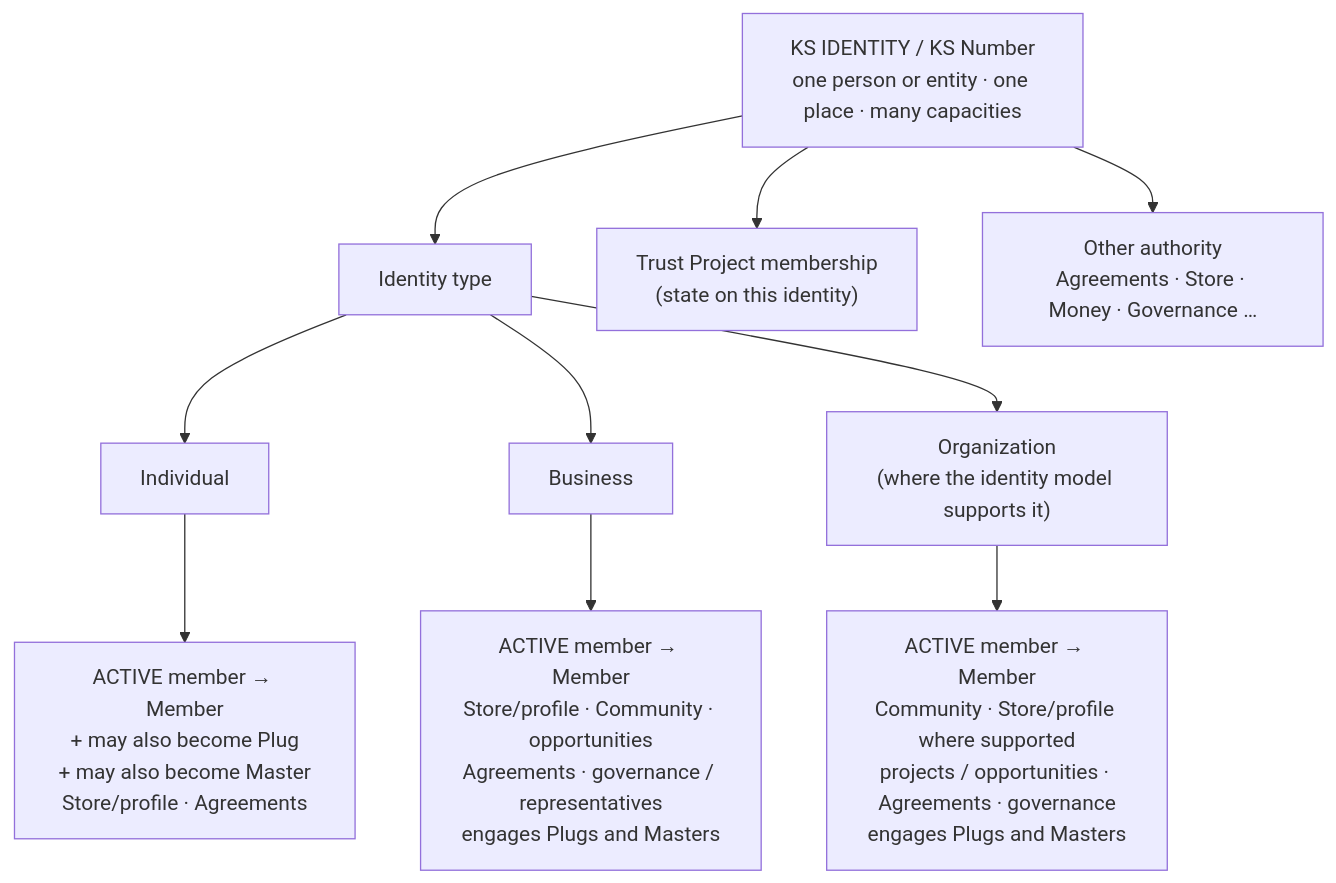
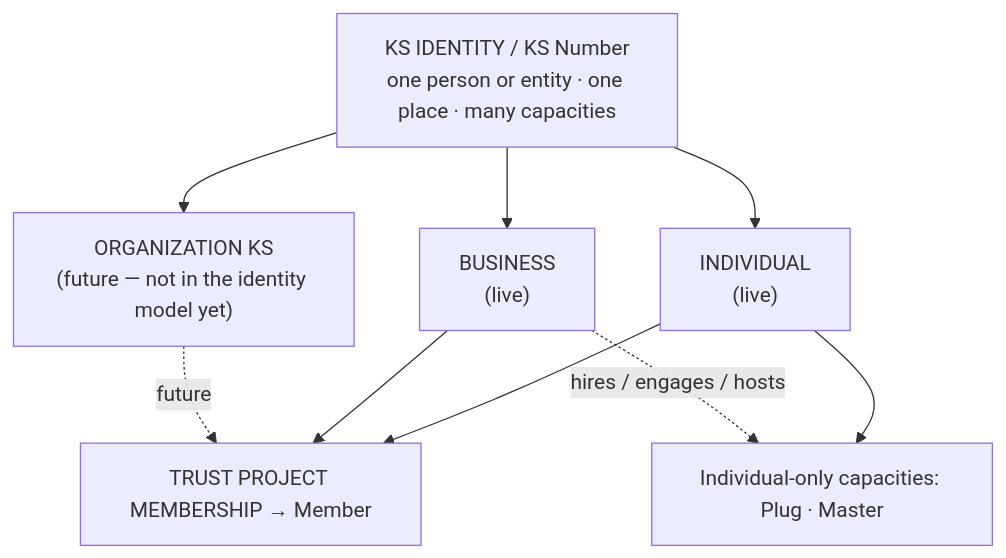
The fourth of 8 diagrams in docs/PUBLIC_EXPERIENCE_CONVERGENCE_PHASE1.md (kimaniks001/SecurepayLLM), drawn with Mermaid before and after one commit. The commit also changed other lines of this file, not shown here.

First line of the commit message:
docs(public-experience): Phase 1 final Business-authority / Organization identity correction

````diff
--- a/docs/PUBLIC_EXPERIENCE_CONVERGENCE_PHASE1.md
+++ b/docs/PUBLIC_EXPERIENCE_CONVERGENCE_PHASE1.md
@@ -639,13 +640,12 @@
 ```mermaid
 flowchart TB
     KS["KS IDENTITY / KS Number<br/>one person or entity · one place · many capacities"]
-    KS --> TYPE["Identity type"]
-    KS --> MEM["Trust Project membership<br/>(state on this identity)"]
-    KS --> OTH["Other authority<br/>Agreements · Store · Money · Governance …"]
-    TYPE --> TI["Individual"]
-    TYPE --> TB["Business"]
-    TYPE --> TO["Organization<br/>(where the identity model supports it)"]
-    TI --> CI["ACTIVE member → Member<br/>+ may also become Plug<br/>+ may also become Master<br/>Store/profile · Agreements"]
-    TB --> CB["ACTIVE member → Member<br/>Store/profile · Community · opportunities<br/>Agreements · governance / representatives<br/>engages Plugs and Masters"]
-    TO --> CO["ACTIVE member → Member<br/>Community · Store/profile where supported<br/>projects / opportunities · Agreements · governance<br/>engages Plugs and Masters"]
+    KS --> I["INDIVIDUAL<br/>(live)"]
+    KS --> B["BUSINESS<br/>(live)"]
+    KS --> O["ORGANIZATION KS<br/>(future — not in the identity model yet)"]
+    I --> TPM["TRUST PROJECT MEMBERSHIP → Member"]
+    B --> TPM
+    O -.->|future| TPM
+    I --> CAP["Individual-only capacities: Plug · Master"]
+    B -. "hires / engages / hosts" .-> CAP
 ```
````
